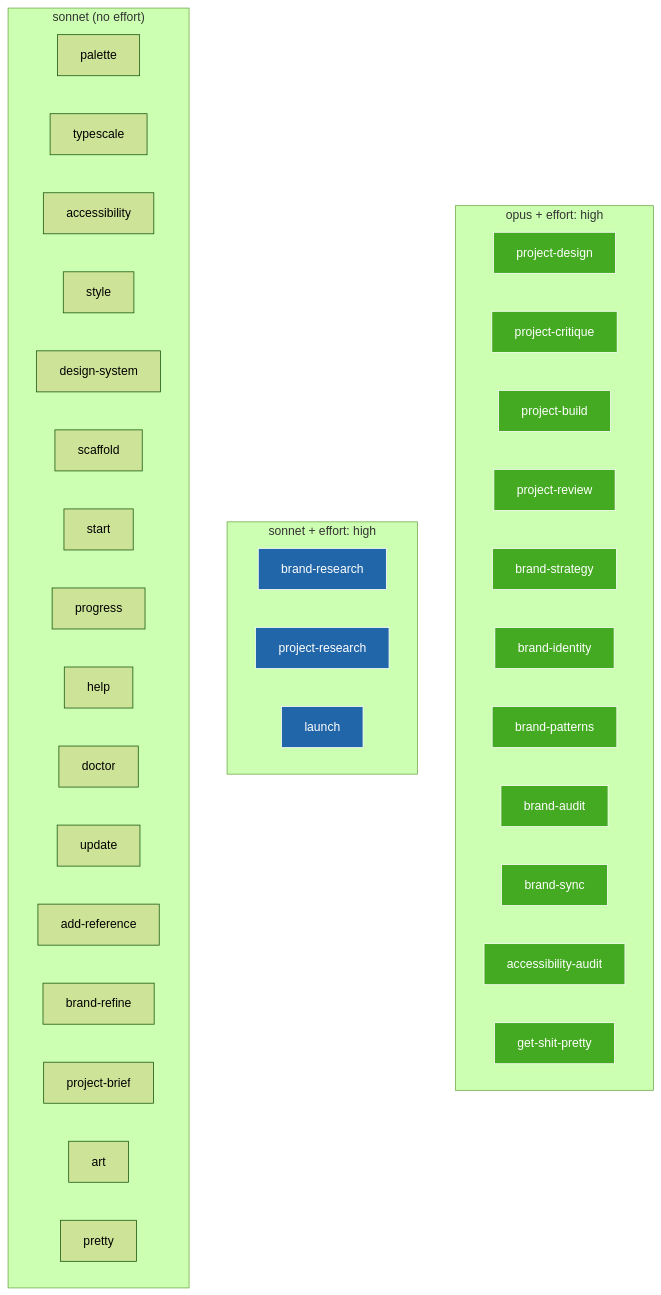
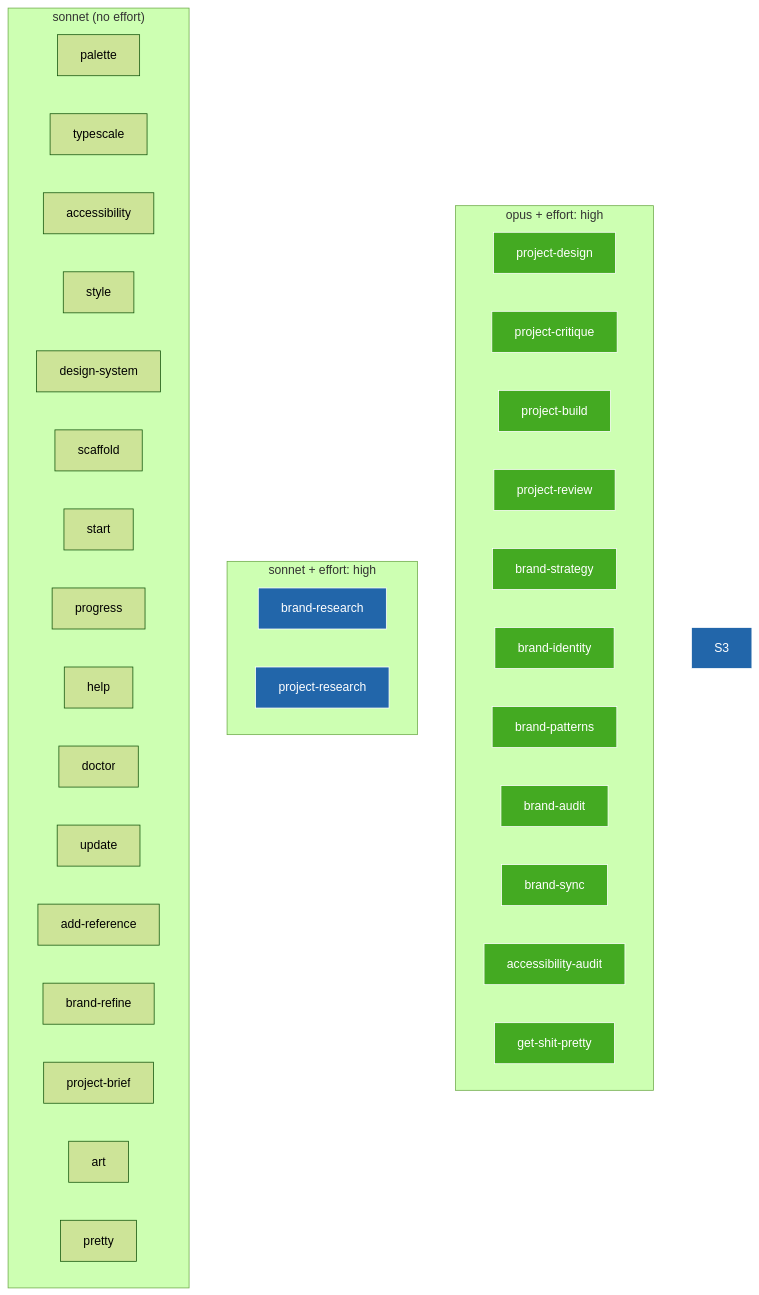
One commit to jubscodes/get-shit-pretty changed the fifth of 8 diagrams in ARCHITECTURE.md. Above: the diagram before and after it, drawn with Mermaid (forest theme). The commit also changed other lines of this file and 17 other files, not shown here.

````diff
--- a/ARCHITECTURE.md
+++ b/ARCHITECTURE.md
@@ -165,56 +163,55 @@
 ```mermaid
 graph TD
     subgraph "opus + effort: high"
         O1[project-design]
         O2[project-critique]
         O3[project-build]
         O4[project-review]
         O5[brand-strategy]
         O6[brand-identity]
         O7[brand-patterns]
         O8[brand-audit]
         O9[brand-sync]
         O10[accessibility-audit]
         O11[get-shit-pretty]
     end
 
     subgraph "sonnet + effort: high"
         S1[brand-research]
         S2[project-research]
-        S3[launch]
     end
 
     subgraph "sonnet (no effort)"
         S4[palette]
         S5[typescale]
         S6[accessibility]
         S7[style]
         S8[design-system]
         S9[scaffold]
         S10[start]
         S11[progress]
         S12[help]
         S13[doctor]
         S14[update]
         S15[add-reference]
         S16[brand-refine]
         S17[project-brief]
         S18[art]
         S19[pretty]
     end
 
     style O1 fill:#4a2,stroke:#fff,color:#fff
     style O2 fill:#4a2,stroke:#fff,color:#fff
     style O3 fill:#4a2,stroke:#fff,color:#fff
     style O4 fill:#4a2,stroke:#fff,color:#fff
     style O5 fill:#4a2,stroke:#fff,color:#fff
     style O6 fill:#4a2,stroke:#fff,color:#fff
     style O7 fill:#4a2,stroke:#fff,color:#fff
     style O8 fill:#4a2,stroke:#fff,color:#fff
     style O9 fill:#4a2,stroke:#fff,color:#fff
     style O10 fill:#4a2,stroke:#fff,color:#fff
     style O11 fill:#4a2,stroke:#fff,color:#fff
     style S1 fill:#26a,stroke:#fff,color:#fff
     style S2 fill:#26a,stroke:#fff,color:#fff
     style S3 fill:#26a,stroke:#fff,color:#fff
 ```
````
